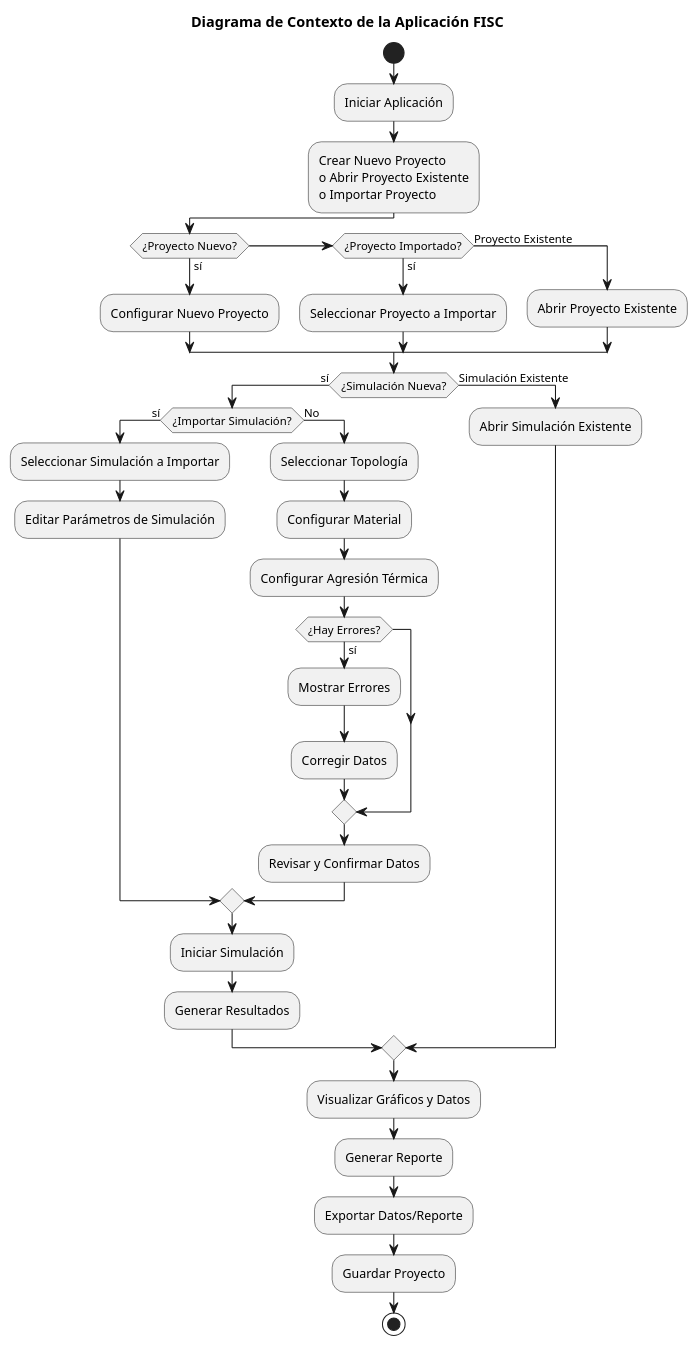
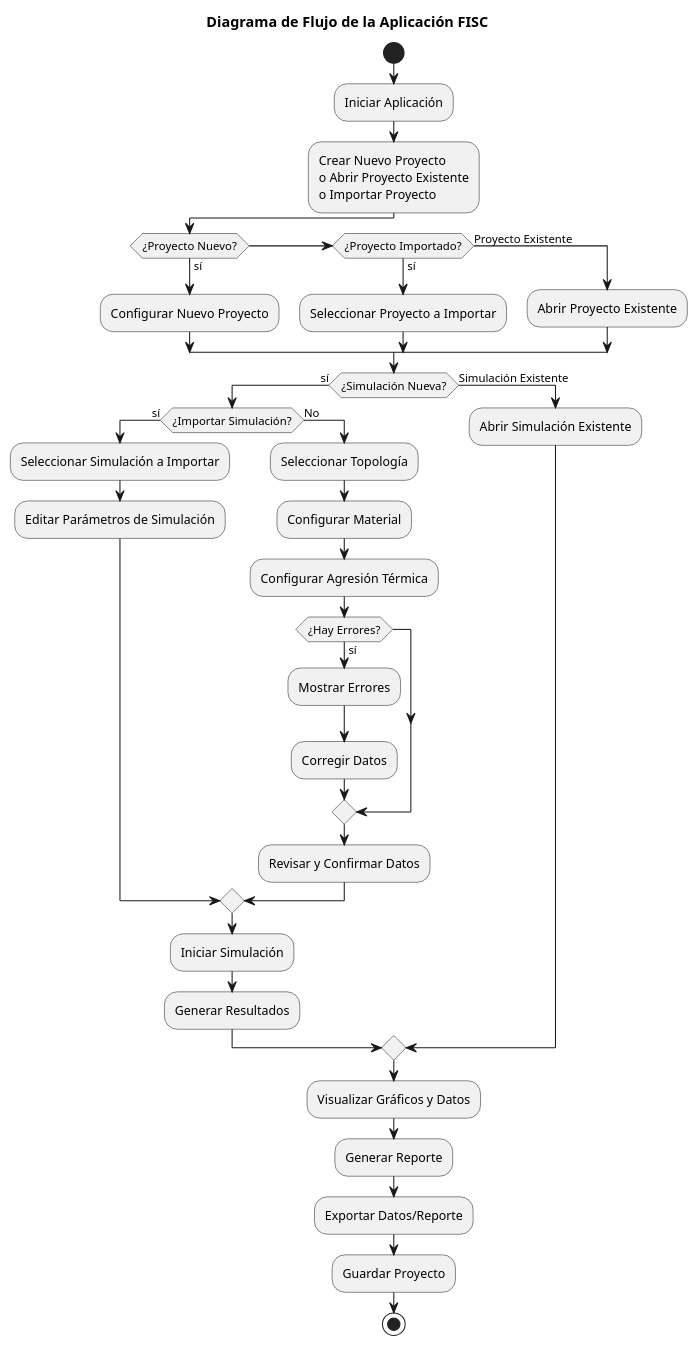
Before and after one commit to mmasias/23-24-IdSw1-SDR: the diagram in informaciónAdicional/diagraFlujo.puml, drawn with PlantUML. The commit also changed 1 other file, not shown here.

Commit message:
diagrama de flujo

```diff
--- a/informaciónAdicional/diagraFlujo.puml
+++ b/informaciónAdicional/diagraFlujo.puml
@@ -1,42 +1,42 @@
 @startuml
-title Diagrama de Contexto de la Aplicación FISC
+title Diagrama de Flujo de la Aplicación FISC
 
 start
 :Iniciar Aplicación;
 
 :Crear Nuevo Proyecto\no Abrir Proyecto Existente\no Importar Proyecto;
 if (¿Proyecto Nuevo?) then (sí)
     :Configurar Nuevo Proyecto;
 elseif (¿Proyecto Importado?) then (sí)
     :Seleccionar Proyecto a Importar;
 else (Proyecto Existente)
     :Abrir Proyecto Existente;
 endif
 
 if (¿Simulación Nueva?) then (sí)
     if (¿Importar Simulación?) then (sí)
         :Seleccionar Simulación a Importar;
         :Editar Parámetros de Simulación;
     else (No)
         :Seleccionar Topología;
         :Configurar Material;
         :Configurar Agresión Térmica;
         if (¿Hay Errores?) then (sí)
             :Mostrar Errores;
             :Corregir Datos;
         endif
         :Revisar y Confirmar Datos;
     endif
     :Iniciar Simulación;
     :Generar Resultados;
 else (Simulación Existente)
     :Abrir Simulación Existente;
 endif
 
 :Visualizar Gráficos y Datos;
 :Generar Reporte;
 :Exportar Datos/Reporte;
 :Guardar Proyecto;
 stop
 
 @enduml
```
